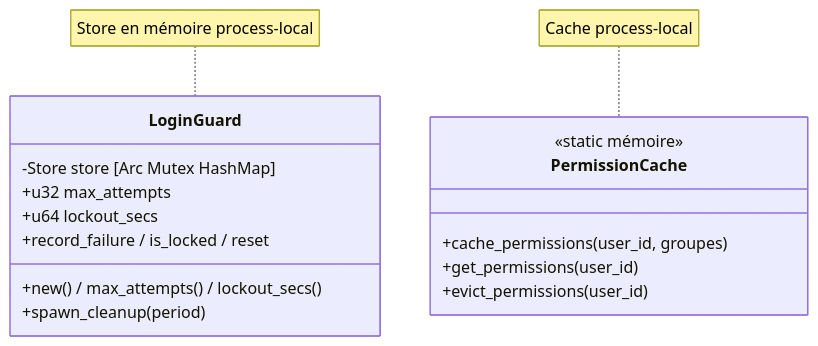
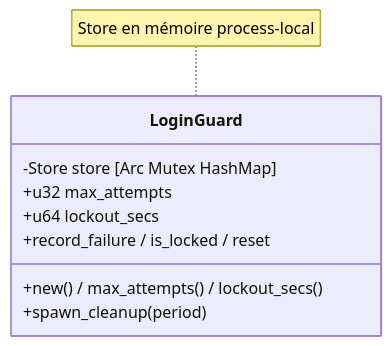
One commit to seb-alliot/runique changed the second of 3 diagrams in diagramme/uml/auth/authentification.md. Above: the diagram before and after it, drawn with Mermaid. The commit also changed other lines of this file and 197 other files, not shown here.

````diff
--- a/diagramme/uml/auth/authentification.md
+++ b/diagramme/uml/auth/authentification.md
@@ -43,19 +35,12 @@
 ```mermaid
 classDiagram
     class LoginGuard {
         -Store store [Arc Mutex HashMap]
         +u32 max_attempts
         +u64 lockout_secs
         +new() / max_attempts() / lockout_secs()
         +spawn_cleanup(period)
         +record_failure / is_locked / reset
     }
-    class PermissionCache {
-        <<static mémoire>>
-        +cache_permissions(user_id, groupes)
-        +get_permissions(user_id)
-        +evict_permissions(user_id)
-    }
     note for LoginGuard "Store en mémoire process-local"
-    note for PermissionCache "Cache process-local"
 ```
````
